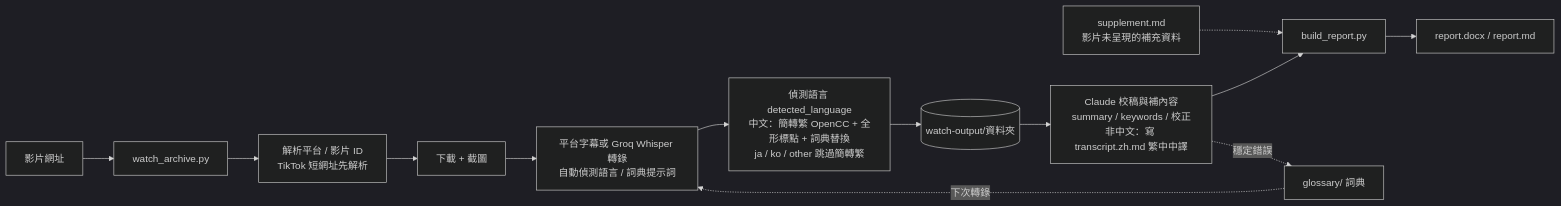
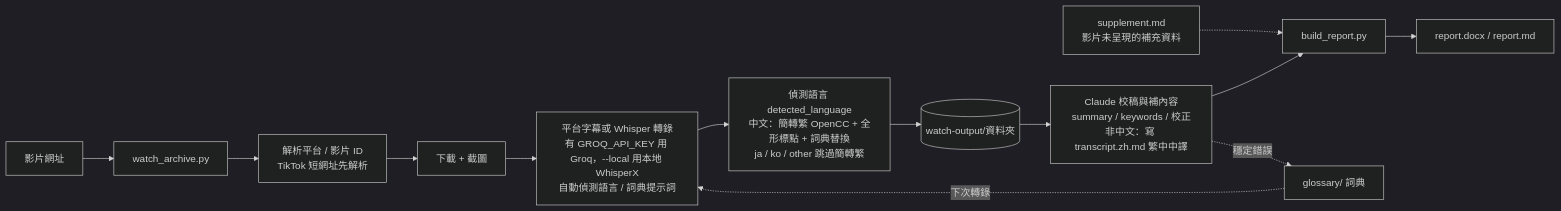
One commit to smlht2005/watch-video changed the diagram in README.md. Above: the diagram before and after it, drawn with Mermaid (dark theme). The commit also changed other lines of this file and 3 other files, not shown here.

First line of the commit message:
watch-archive：有 GROQ_API_KEY 預設用 Groq，--local 切換本地 WhisperX

````diff
--- a/README.md
+++ b/README.md
@@ -33,15 +35,15 @@
 ```mermaid
 flowchart LR
     A[影片網址] --> B[watch_archive.py]
     B --> B1[解析平台 / 影片 ID<br/>TikTok 短網址先解析]
     B1 --> B2[下載 + 截圖]
-    B2 --> B3[平台字幕或 Groq Whisper 轉錄<br/>自動偵測語言 / 詞典提示詞]
+    B2 --> B3[平台字幕或 Whisper 轉錄<br/>有 GROQ_API_KEY 用 Groq，--local 用本地 WhisperX<br/>自動偵測語言 / 詞典提示詞]
     B3 --> B4[偵測語言 detected_language<br/>中文：簡轉繁 OpenCC + 全形標點 + 詞典替換<br/>ja / ko / other 跳過簡轉繁]
     B4 --> C[(watch-output/資料夾)]
     C --> D[Claude 校稿與補內容<br/>summary / keywords / 校正<br/>非中文：寫 transcript.zh.md 繁中中譯]
     S[supplement.md<br/>影片未呈現的補充資料] -.-> E
     D --> E[build_report.py]
     E --> F[report.docx / report.md]
     D -. 穩定錯誤 .-> G[glossary/ 詞典]
     G -. 下次轉錄 .-> B3
 ```
````
